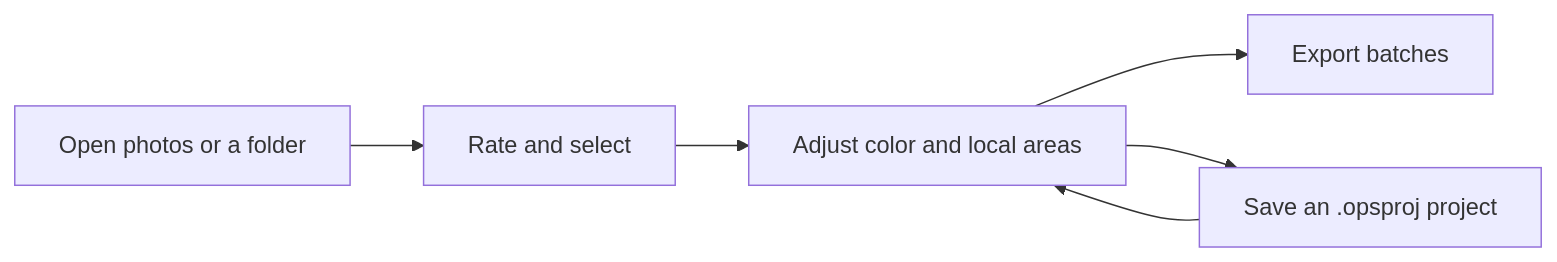
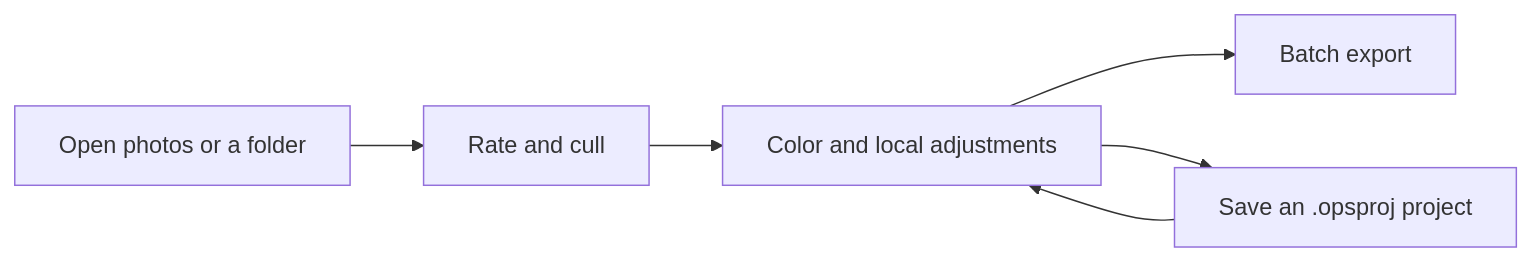
The diagram in README.en.md (KpTanl/OpenPictureStudio), drawn with Mermaid before and after one commit. The commit also changed other lines of this file and 17 other files, not shown here.

````diff
--- a/README.en.md
+++ b/README.en.md
@@ -135,8 +140,8 @@
 ```mermaid
 flowchart LR
-    A[Open photos or a folder] --> B[Rate and select]
-    B --> C[Adjust color and local areas]
-    C --> D[Export batches]
+    A[Open photos or a folder] --> B[Rate and cull]
+    B --> C[Color and local adjustments]
+    C --> D[Batch export]
     C --> E[Save an .opsproj project]
     E --> C
 ```
````
